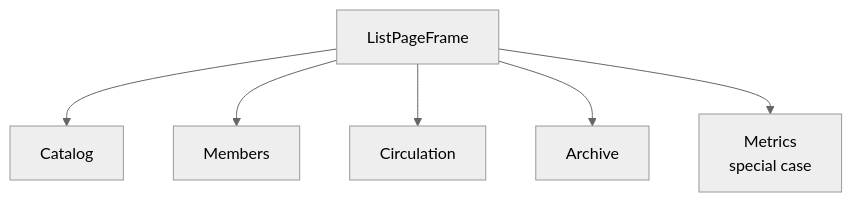
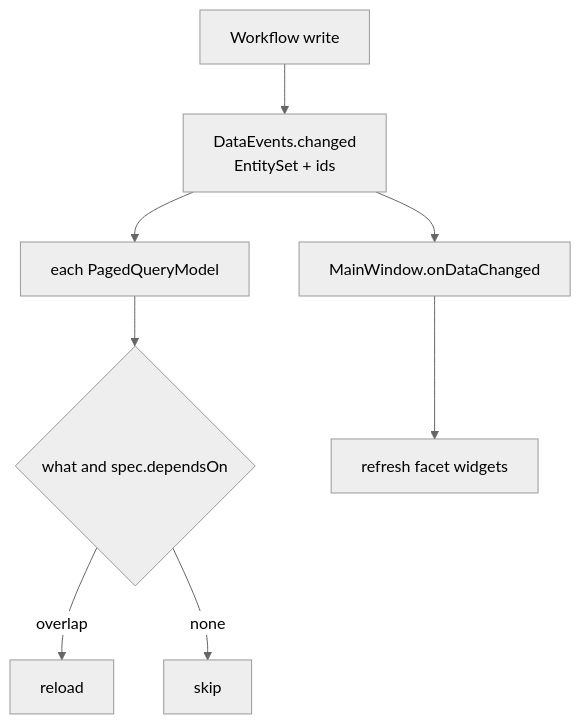
Before and after one commit to medaminben/VLMS: the eighth of 28 diagrams in docs/architecture/beta-uml.md, drawn with Mermaid (neutral theme). The commit also changed other lines of this file, not shown here.

First line of the commit message:
Refresh the Beta UML for the frontend redesign.

````diff
--- a/docs/architecture/beta-uml.md
+++ b/docs/architecture/beta-uml.md
@@ -162,9 +300,10 @@
 ```mermaid
 flowchart TD
-    Frame[ListPageFrame]
-    Frame --> C[Catalog]
-    Frame --> M[Members]
-    Frame --> L[Circulation]
-    Frame --> A[Archive]
-    Frame --> X[Metrics<br/>special case]
+    W[Workflow write] --> E[DataEvents.changed<br/>EntitySet + ids]
+    E --> M[each PagedQueryModel]
+    M --> D{what and spec.dependsOn}
+    D -->|overlap| R[reload]
+    D -->|none| S[skip]
+    E --> MW[MainWindow.onDataChanged]
+    MW --> F[refresh facet widgets]
 ```
````
